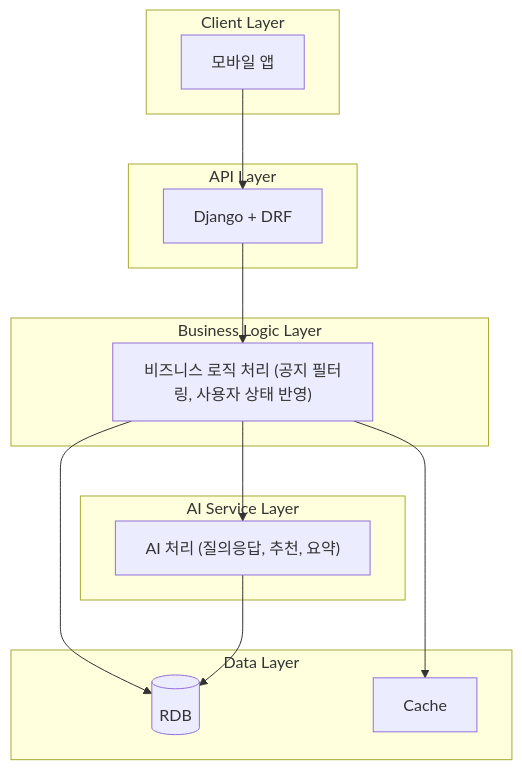
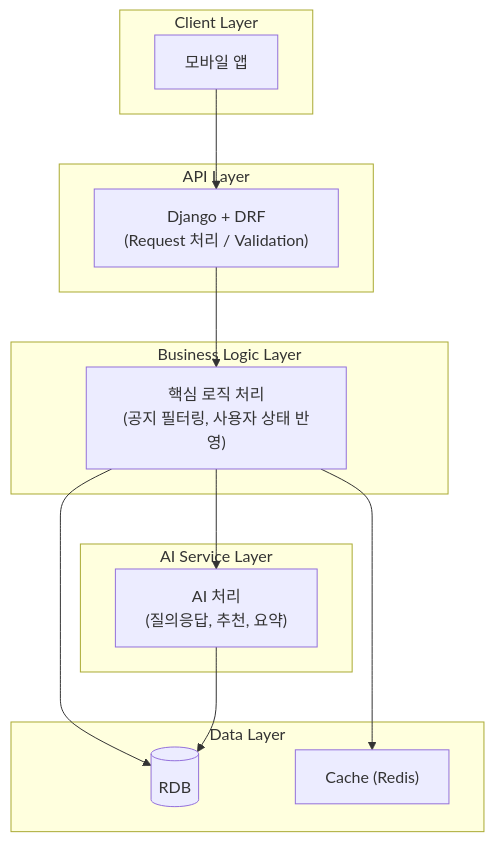
Before and after one commit to ultimate-JW/MJCN-Server: the fifth of 5 diagrams in server_architecture.md, drawn with Mermaid.

Commit message:
찐 마지막 수정(#14)

````diff
--- a/server_architecture.md
+++ b/server_architecture.md
@@ -217,30 +217,30 @@
 ```mermaid
 flowchart TB
     subgraph Client["Client Layer"]
         APP["모바일 앱"]
     end
 
     subgraph API["API Layer"]
-        DJ["Django + DRF"]
+        DJ["Django + DRF\n(Request 처리 / Validation)"]
     end
 
     subgraph Business["Business Logic Layer"]
-        BL["비즈니스 로직 처리 (공지 필터링, 사용자 상태 반영)"]
+        BL["핵심 로직 처리\n(공지 필터링, 사용자 상태 반영)"]
     end
 
     subgraph AI["AI Service Layer"]
-        AIS["AI 처리 (질의응답, 추천, 요약)"]
+        AIS["AI 처리\n(질의응답, 추천, 요약)"]
     end
 
     subgraph Data["Data Layer"]
         DB[("RDB")]
-        CACHE["Cache"]
+        CACHE["Cache (Redis)"]
     end
 
     APP --> DJ
     DJ --> BL
     BL --> AIS
     BL --> DB
     AIS --> DB
     BL --> CACHE
 ```
````
